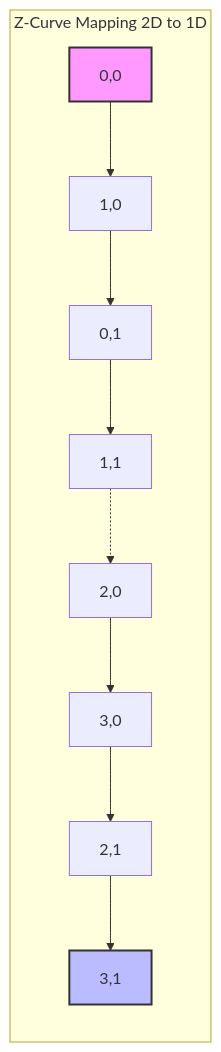
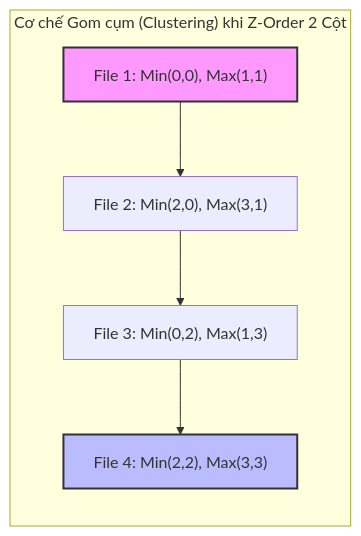
Before and after one commit to kythuatdulieu/kythuatdulieu.github.io: the diagram in src/content/docs/concepts/3-storage-engines-formats/z-order-deep-dive.md, drawn with Mermaid. The commit also changed other lines of this file and 190 other files, not shown here.

Commit message:
fix: resolve mermaid syntax, math rendering, and metadata issues from content rewrite

````diff
--- a/src/content/docs/concepts/3-storage-engines-formats/z-order-deep-dive.md
+++ b/src/content/docs/concepts/3-storage-engines-formats/z-order-deep-dive.md
@@ -35,17 +45,12 @@
 ```mermaid
 graph TD
-    subgraph space2d["Z-Curve Mapping 2D to 1D"]
+    subgraph space2d["Cơ chế Gom cụm (Clustering) khi Z-Order 2 Cột"]
     direction TB
-    A["0,0"] --> B["1,0"]
-    B --> C["0,1"]
-    C --> D["1,1"]
-    
-    D -.-> E["2,0"]
-    E --> F["3,0"]
-    F --> G["2,1"]
-    G --> H["3,1"]
+    A["File 1: Min(0,0), Max(1,1)"] --> B["File 2: Min(2,0), Max(3,1)"]
+    B --> C["File 3: Min(0,2), Max(1,3)"]
+    C --> D["File 4: Min(2,2), Max(3,3)"]
     end
     
     style A fill:#f9f,stroke:#333,stroke-width:2px
-    style H fill:#bbf,stroke:#333,stroke-width:2px
+    style D fill:#bbf,stroke:#333,stroke-width:2px
 ```
````
